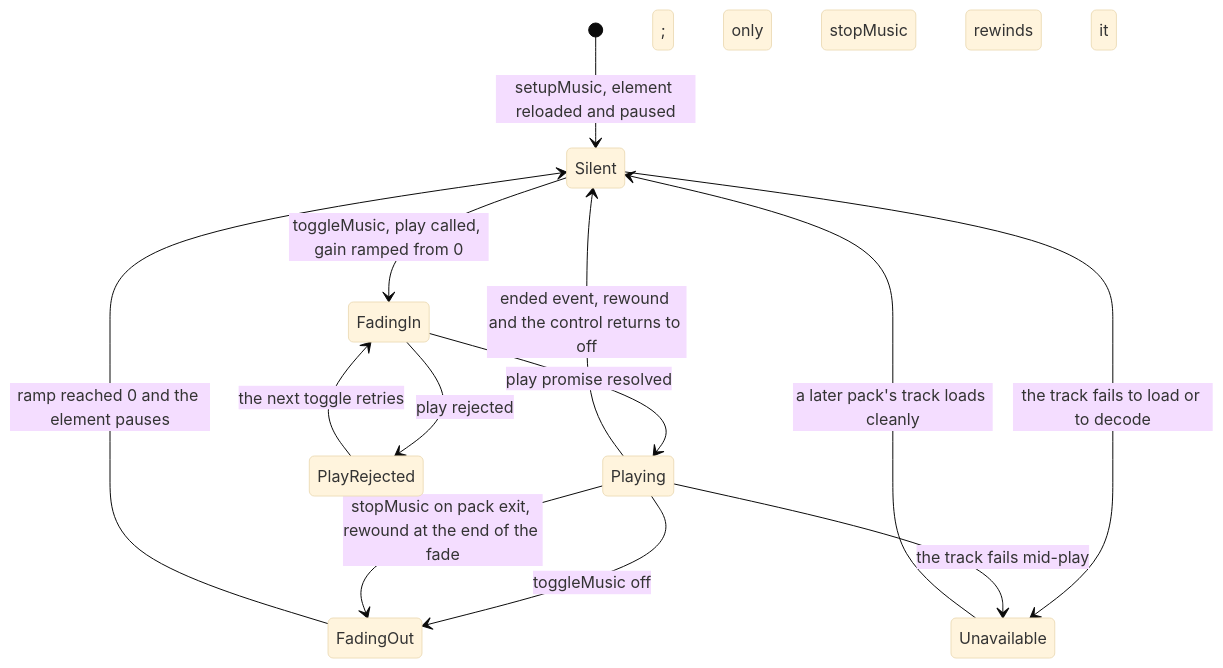
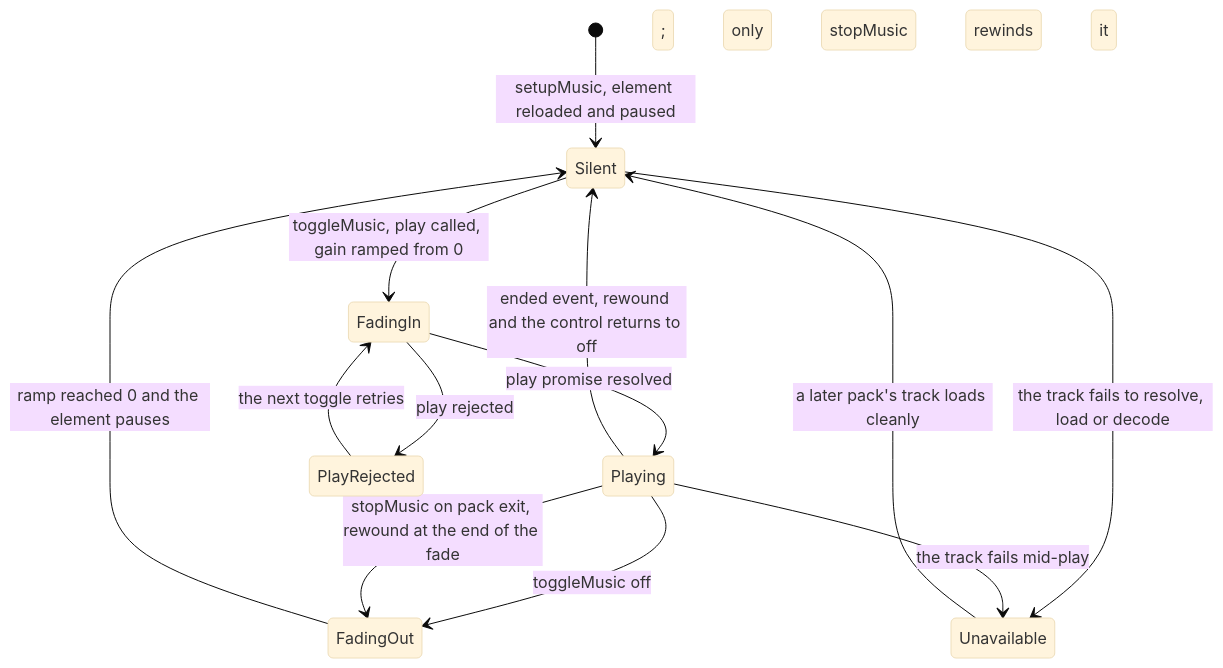
Diagram 19 of 46 in docu/state-machines.md (ghmer/rego-adventure), drawn with Mermaid (base theme) before and after one commit. The commit also changed other lines of this file and 27 other files, not shown here.

````diff
--- a/docu/state-machines.md
+++ b/docu/state-machines.md
@@ -652,15 +652,15 @@
 ```mermaid
 stateDiagram-v2
     [*] --> Silent : setupMusic, element reloaded and paused
     Silent --> FadingIn : toggleMusic, play called, gain ramped from 0
     FadingIn --> Playing : play promise resolved
     FadingIn --> PlayRejected : play rejected
     PlayRejected --> FadingIn : the next toggle retries
     Playing --> FadingOut : toggleMusic off
     FadingOut --> Silent : ramp reached 0 and the element pauses; only stopMusic rewinds it
     Playing --> Silent : ended event, rewound and the control returns to off
     Playing --> FadingOut : stopMusic on pack exit, rewound at the end of the fade
-    Silent --> Unavailable : the track fails to load or to decode
+    Silent --> Unavailable : the track fails to resolve, load or decode
     Playing --> Unavailable : the track fails mid-play
     Unavailable --> Silent : a later pack's track loads cleanly
 ```
````
